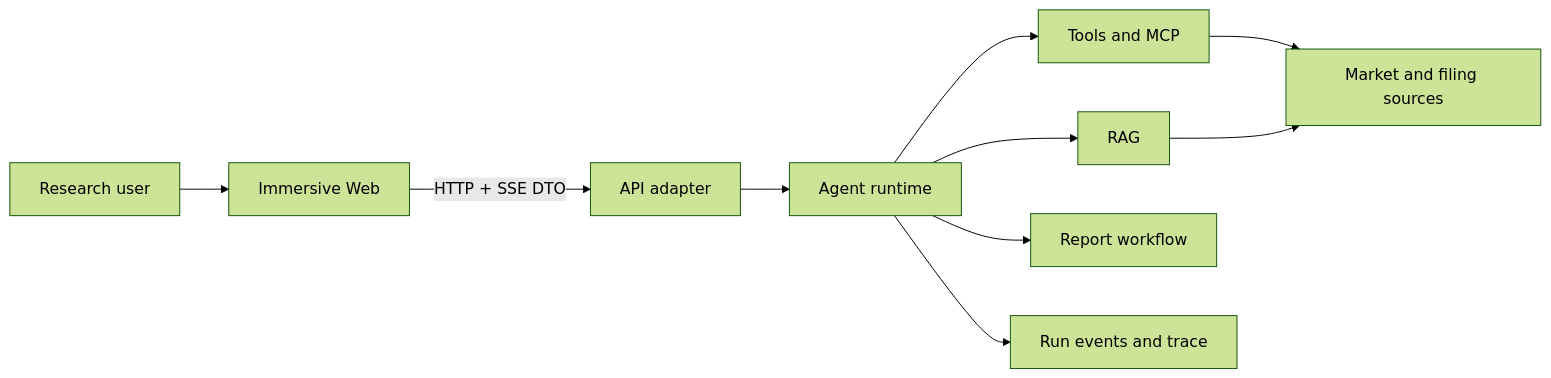
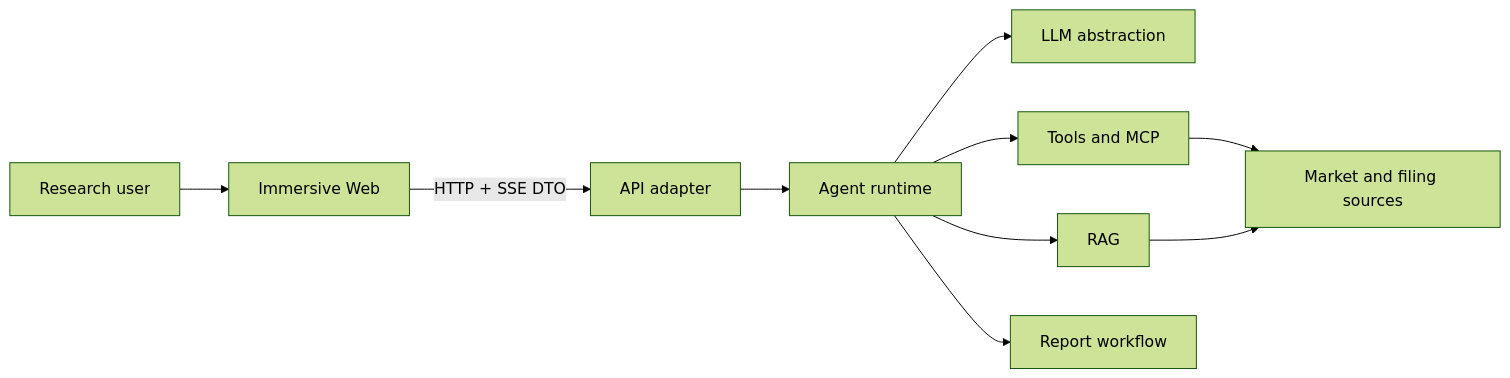
One commit to pegmca/ohna-harness changed the diagram in ARCHITECTURE.md. Above: the diagram before and after it, drawn with Mermaid (forest theme). The commit also changed other lines of this file and 73 other files, not shown here.

````diff
--- a/ARCHITECTURE.md
+++ b/ARCHITECTURE.md
@@ -9,12 +9,12 @@
 ```mermaid
 flowchart LR
   User[Research user] --> Web[Immersive Web]
   Web -->|HTTP + SSE DTO| API[API adapter]
   API --> Agent[Agent runtime]
+  Agent --> AI[LLM abstraction]
   Agent --> Tools[Tools and MCP]
   Agent --> RAG[RAG]
   Agent --> Report[Report workflow]
-  Agent --> Trace[Run events and trace]
   Tools --> Sources[Market and filing sources]
   RAG --> Sources
 ```
````
